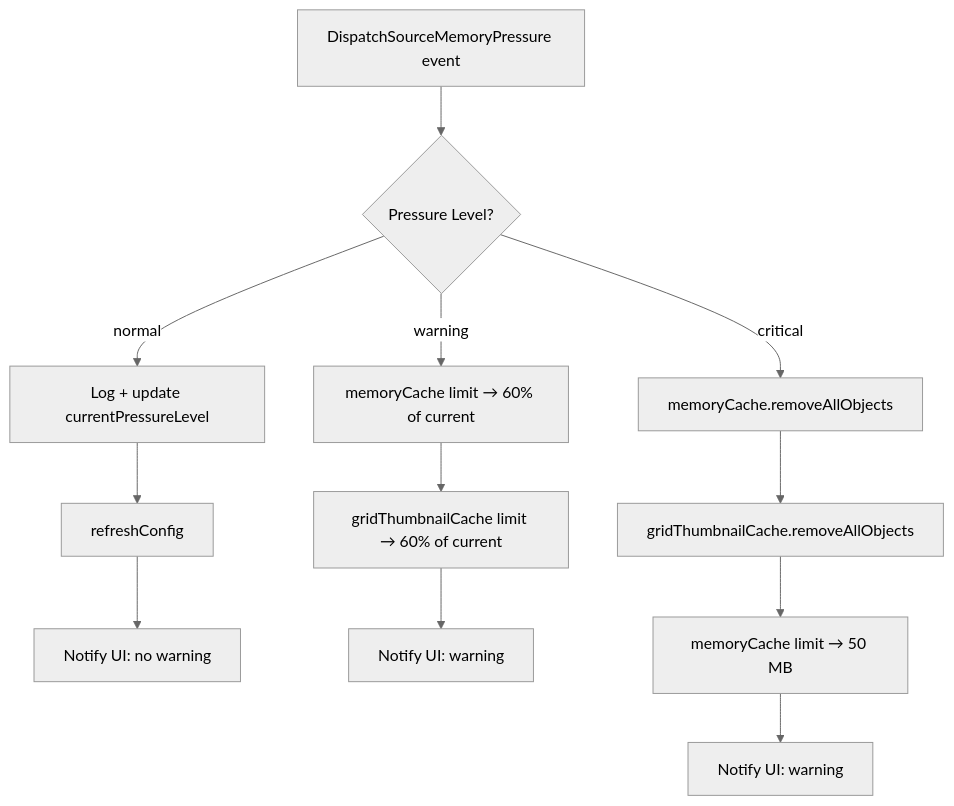
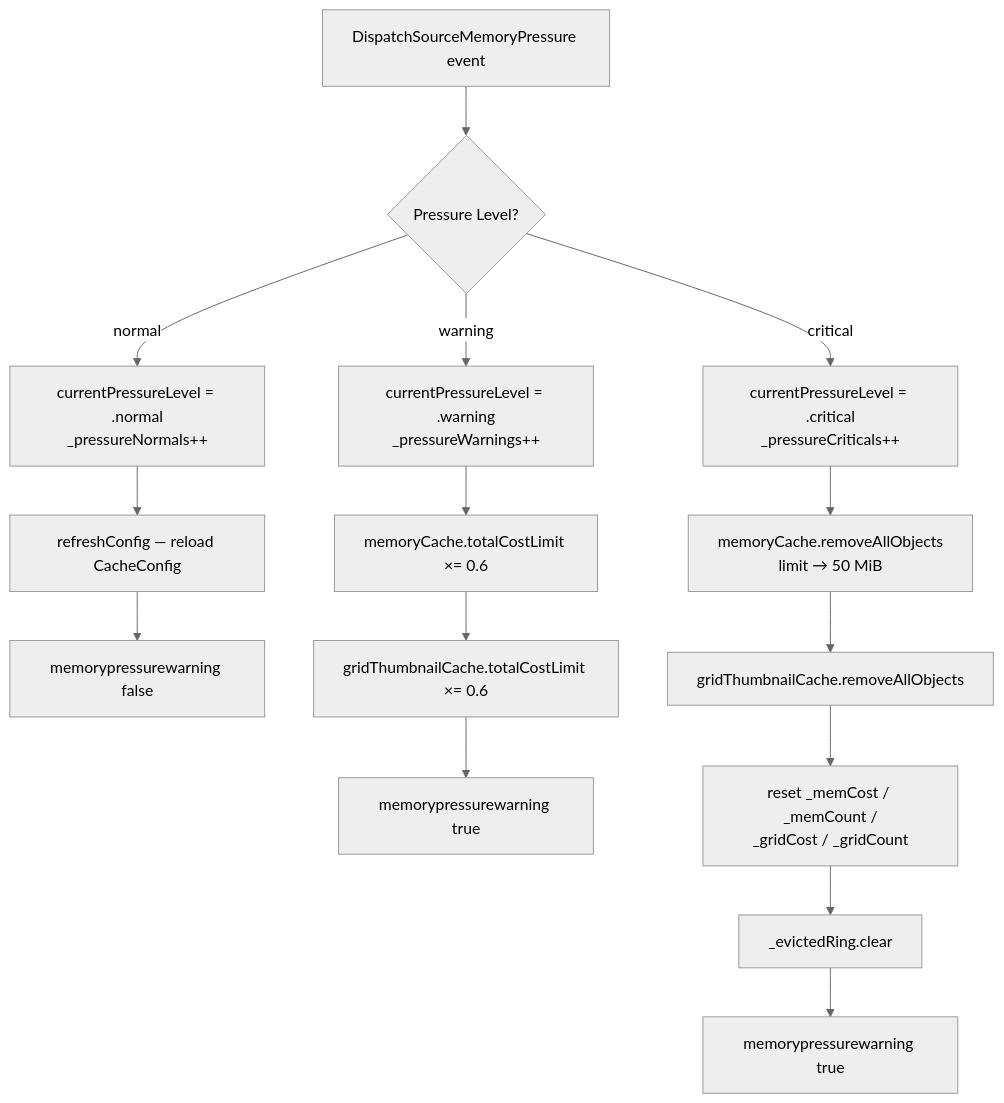
The second of 2 diagrams in content/en/docs/cache.md (rsyncOSX/TechDocRawcull), drawn with Mermaid (neutral theme) before and after one commit. The commit also changed other lines of this file, not shown here.

````diff
--- a/content/en/docs/cache.md
+++ b/content/en/docs/cache.md
@@ -489,14 +544,17 @@
 ```mermaid
 flowchart TD
     A[DispatchSourceMemoryPressure event] --> B{Pressure Level?}
-    B -- normal --> C[Log + update currentPressureLevel]
-    C --> CC[refreshConfig]
-    CC --> D[Notify UI: no warning]
-    B -- warning --> E[memoryCache limit → 60% of current]
-    E --> E2[gridThumbnailCache limit → 60% of current]
-    E2 --> F[Notify UI: warning]
-    B -- critical --> G[memoryCache.removeAllObjects]
-    G --> G2[gridThumbnailCache.removeAllObjects]
-    G2 --> H[memoryCache limit → 50 MB]
-    H --> I[Notify UI: warning]
+    B -- normal   --> C[currentPressureLevel = .normal<br/>_pressureNormals++]
+    C --> CC[refreshConfig — reload CacheConfig]
+    CC --> CD[memorypressurewarning false]
+    B -- warning  --> E[currentPressureLevel = .warning<br/>_pressureWarnings++]
+    E --> E1[memoryCache.totalCostLimit ×= 0.6]
+    E1 --> E2[gridThumbnailCache.totalCostLimit ×= 0.6]
+    E2 --> E3[memorypressurewarning true]
+    B -- critical --> G[currentPressureLevel = .critical<br/>_pressureCriticals++]
+    G --> G1[memoryCache.removeAllObjects<br/>limit → 50 MiB]
+    G1 --> G2[gridThumbnailCache.removeAllObjects]
+    G2 --> G3[reset _memCost / _memCount /<br/>_gridCost / _gridCount]
+    G3 --> G4[_evictedRing.clear]
+    G4 --> G5[memorypressurewarning true]
 ```
````
